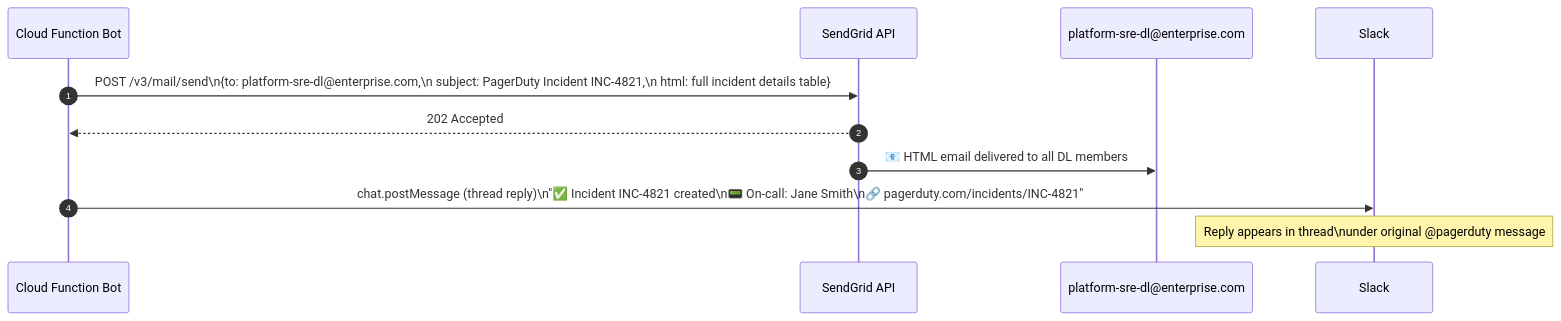
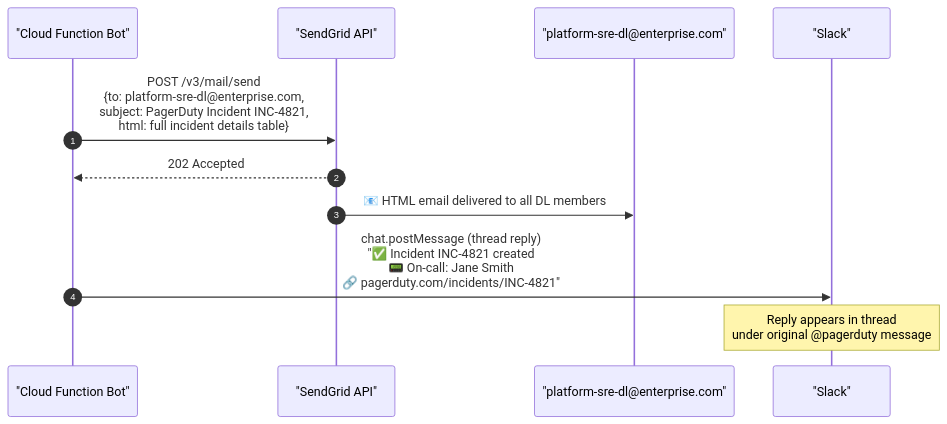
One commit to AravindKumarjoshi/devops-platform changed diagram 13 of 16 in mkdocs-devops-platform/docs/architecture-diagrams.md. Above: the diagram before and after it, drawn with Mermaid. The commit also changed other lines of this file and 1 other file, not shown here.

Commit message:
fix: mermaid syntax errors (replace \n with <br> and quote aliases)

````diff
--- a/mkdocs-devops-platform/docs/architecture-diagrams.md
+++ b/mkdocs-devops-platform/docs/architecture-diagrams.md
@@ -373,14 +373,14 @@
     ```mermaid
     sequenceDiagram
         autonumber
-        participant BOT as Cloud Function Bot
-        participant SG as SendGrid API
-        participant DL as platform-sre-dl@enterprise.com
-        participant SLACK as Slack
+        participant BOT as "Cloud Function Bot"
+        participant SG as "SendGrid API"
+        participant DL as "platform-sre-dl@enterprise.com"
+        participant SLACK as "Slack"
 
-        BOT->>SG: POST /v3/mail/send\n{to: platform-sre-dl@enterprise.com,\n subject: PagerDuty Incident INC-4821,\n html: full incident details table}
+        BOT->>SG: POST /v3/mail/send<br>{to: platform-sre-dl@enterprise.com,<br> subject: PagerDuty Incident INC-4821,<br> html: full incident details table}
         SG-->>BOT: 202 Accepted
         SG->>DL: 📧 HTML email delivered to all DL members
-        BOT->>SLACK: chat.postMessage (thread reply)\n"✅ Incident INC-4821 created\n📟 On-call: Jane Smith\n🔗 pagerduty.com/incidents/INC-4821"
-        Note over SLACK: Reply appears in thread\nunder original @pagerduty message
+        BOT->>SLACK: chat.postMessage (thread reply)<br>"✅ Incident INC-4821 created<br>📟 On-call: Jane Smith<br>🔗 pagerduty.com/incidents/INC-4821"
+        Note over SLACK: Reply appears in thread<br>under original @pagerduty message
     ```
````
